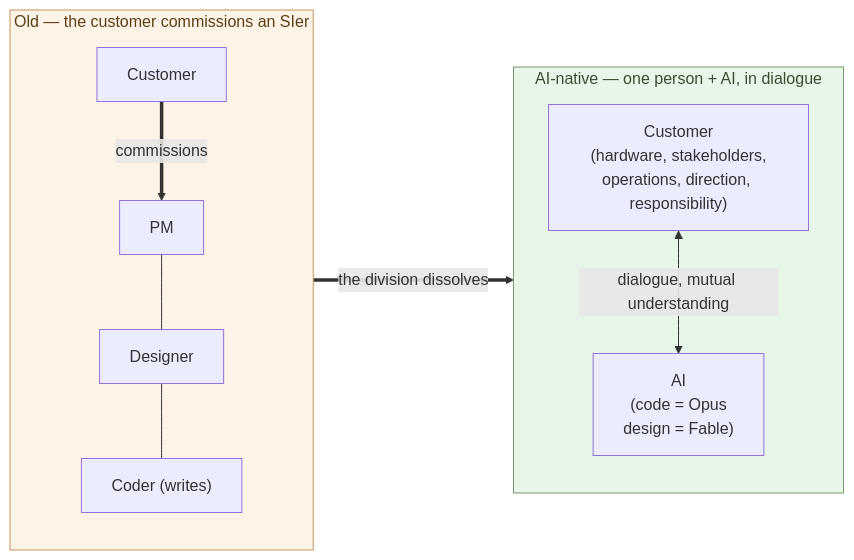
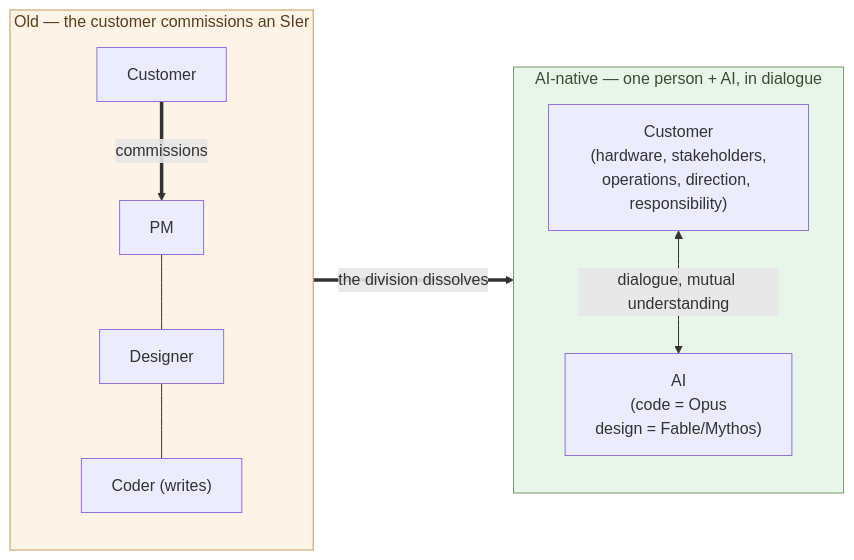
Before and after one commit to aiseed-dev/website: the diagram in articles/ai-native-ways/software/03-coder-end/en.md, drawn with Mermaid. The commit also changed other lines of this file and 2 other files, not shown here.

First line of the commit message:
第3章: Mythos を Fable と同水準の設計能力として扱う

````diff
--- a/articles/ai-native-ways/software/03-coder-end/en.md
+++ b/articles/ai-native-ways/software/03-coder-end/en.md
@@ -136,26 +136,26 @@
 ```mermaid
 flowchart LR
   subgraph Old["Old — the customer commissions an SIer"]
     direction TB
     OClient["Customer"]
     OP["PM"]
     OD["Designer"]
     OC["Coder (writes)"]
     OClient ==>|commissions| OP
     OP --- OD --- OC
   end
 
   subgraph New["AI-native — one person + AI, in dialogue"]
     direction TB
     H["Customer<br/>(hardware, stakeholders,<br/>operations, direction, responsibility)"]
-    A["AI<br/>(code = Opus<br/>design = Fable)"]
+    A["AI<br/>(code = Opus<br/>design = Fable/Mythos)"]
     H <-->|dialogue, mutual understanding| A
   end
 
   Old ==>|the division dissolves| New
 
   classDef good fill:#e8f5e9,stroke:#7a9a6d,color:#3a4d34
   classDef bad fill:#fef3e7,stroke:#c89559,color:#5a3f1a
   class New good
   class Old bad
 ```
````
